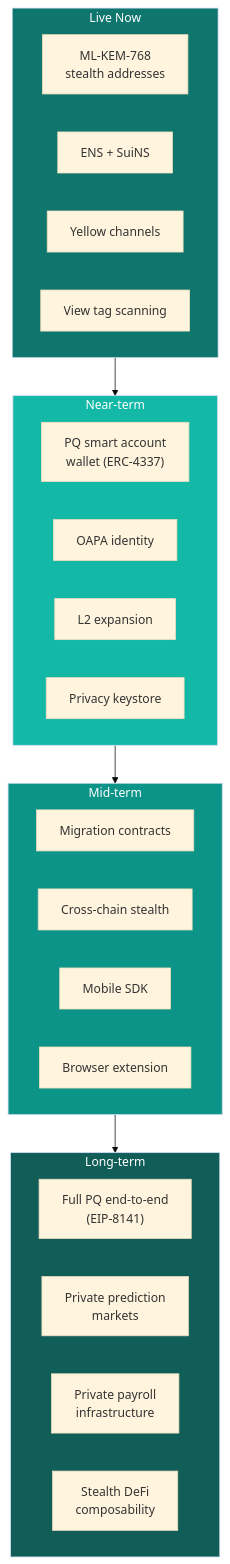
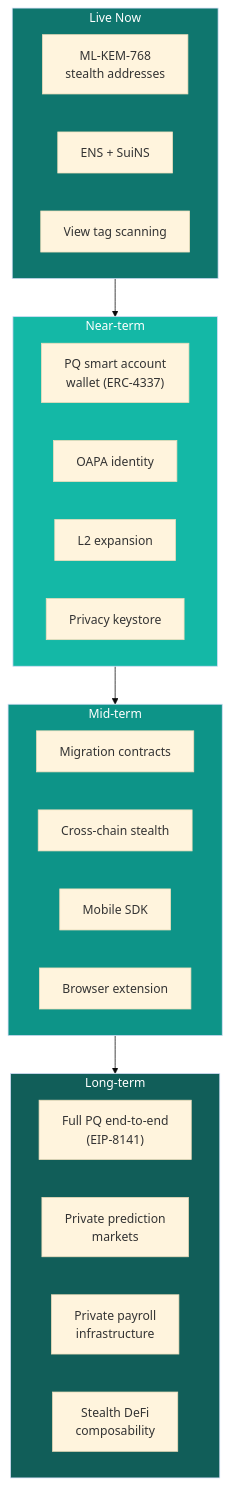
The diagram in docs/roadmap/yet-to-implement.mdx (specter-privacy/docs), drawn with Mermaid (base theme) before and after one commit. The commit also changed other lines of this file and 30 other files, not shown here.

````diff
--- a/docs/roadmap/yet-to-implement.mdx
+++ b/docs/roadmap/yet-to-implement.mdx
@@ -79,37 +76,36 @@
 ```mermaid
 flowchart TD
     subgraph Today["Live Now"]
         A["ML-KEM-768\nstealth addresses"]
         B["ENS + SuiNS"]
-        C["Yellow channels"]
         D["View tag scanning"]
     end
 
     subgraph Near["Near-term"]
         E["PQ smart account\nwallet (ERC-4337)"]
         F["OAPA identity"]
         G["L2 expansion"]
         H["Privacy keystore"]
     end
 
     subgraph Mid["Mid-term"]
         I["Migration contracts"]
         J["Cross-chain stealth"]
         K["Mobile SDK"]
         L["Browser extension"]
     end
 
     subgraph Long["Long-term"]
         M["Full PQ end-to-end\n(EIP-8141)"]
         N["Private prediction\nmarkets"]
         O["Private payroll\ninfrastructure"]
         P["Stealth DeFi\ncomposability"]
     end
 
     Today --> Near --> Mid --> Long
 
     style Today fill:#0F766E,color:#fff
     style Near fill:#14B8A6,color:#fff
     style Mid fill:#0d9488,color:#fff
     style Long fill:#115E59,color:#fff
 ```
````
